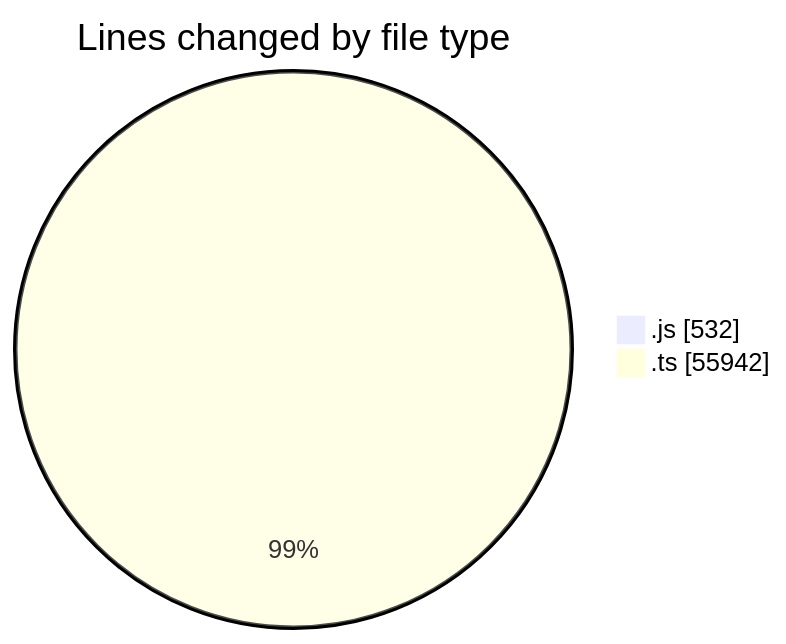
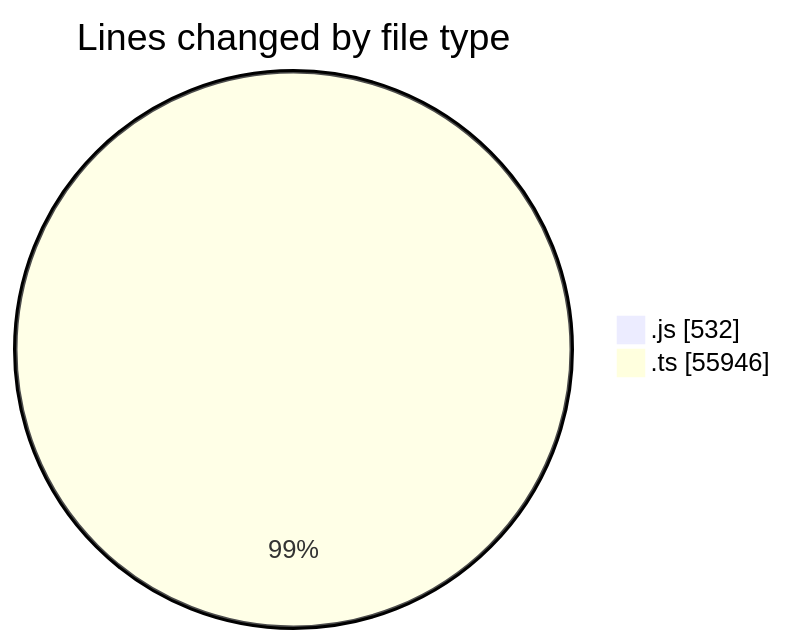
The first of 2 diagrams in 2025-06-19/cda/README.md (momahboobian/code-tracking), drawn with Mermaid before and after one commit. The commit also changed other lines of this file and 1 other file, not shown here.

````diff
--- a/2025-06-19/cda/README.md
+++ b/2025-06-19/cda/README.md
@@ -32,6 +32,6 @@
 ```mermaid
 pie showData
 title Lines changed by file type
 ".js" : 532
-".ts" : 55942
+".ts" : 55946
 ```
````
